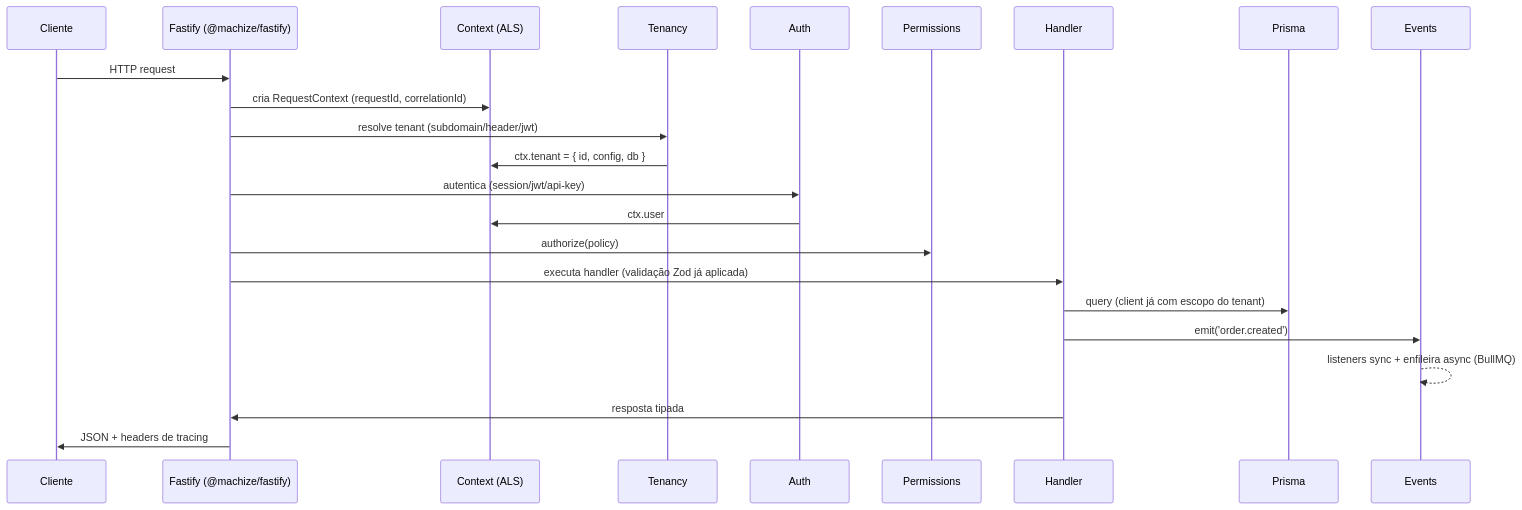
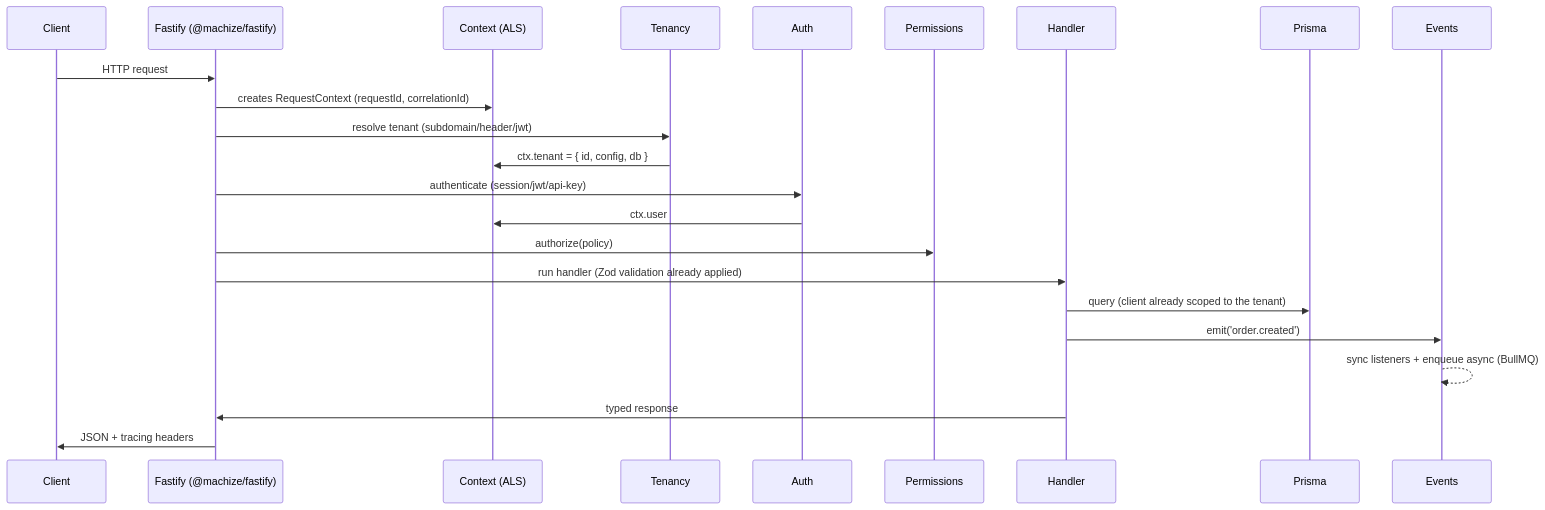
One commit to basaltkit/basalt changed the second of 4 diagrams in ARCHITECTURE.md. Above: the diagram before and after it, drawn with Mermaid. The commit also changed other lines of this file, not shown here.

First line of the commit message:
docs: translate ARCHITECTURE.md to English and drop Laravel framing

````diff
--- a/ARCHITECTURE.md
+++ b/ARCHITECTURE.md
@@ -171,26 +171,26 @@
 ```mermaid
 sequenceDiagram
-    participant C as Cliente
+    participant C as Client
     participant F as Fastify (@machize/fastify)
     participant CTX as Context (ALS)
     participant T as Tenancy
     participant A as Auth
     participant P as Permissions
     participant H as Handler
     participant PR as Prisma
     participant E as Events
 
     C->>F: HTTP request
-    F->>CTX: cria RequestContext (requestId, correlationId)
+    F->>CTX: creates RequestContext (requestId, correlationId)
     F->>T: resolve tenant (subdomain/header/jwt)
     T->>CTX: ctx.tenant = { id, config, db }
-    F->>A: autentica (session/jwt/api-key)
+    F->>A: authenticate (session/jwt/api-key)
     A->>CTX: ctx.user
     F->>P: authorize(policy)
-    F->>H: executa handler (validação Zod já aplicada)
-    H->>PR: query (client já com escopo do tenant)
+    F->>H: run handler (Zod validation already applied)
+    H->>PR: query (client already scoped to the tenant)
     H->>E: emit('order.created')
-    E-->>E: listeners sync + enfileira async (BullMQ)
-    H->>F: resposta tipada
-    F->>C: JSON + headers de tracing
+    E-->>E: sync listeners + enqueue async (BullMQ)
+    H->>F: typed response
+    F->>C: JSON + tracing headers
 ```
````
